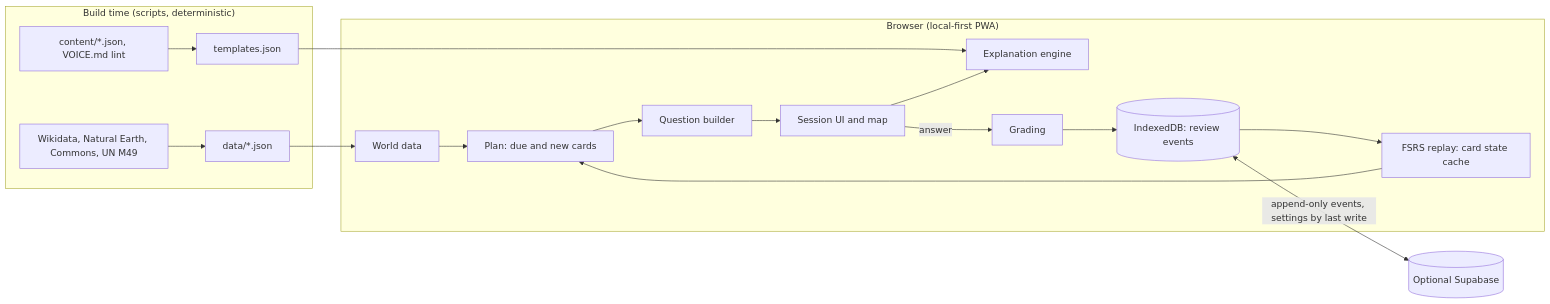
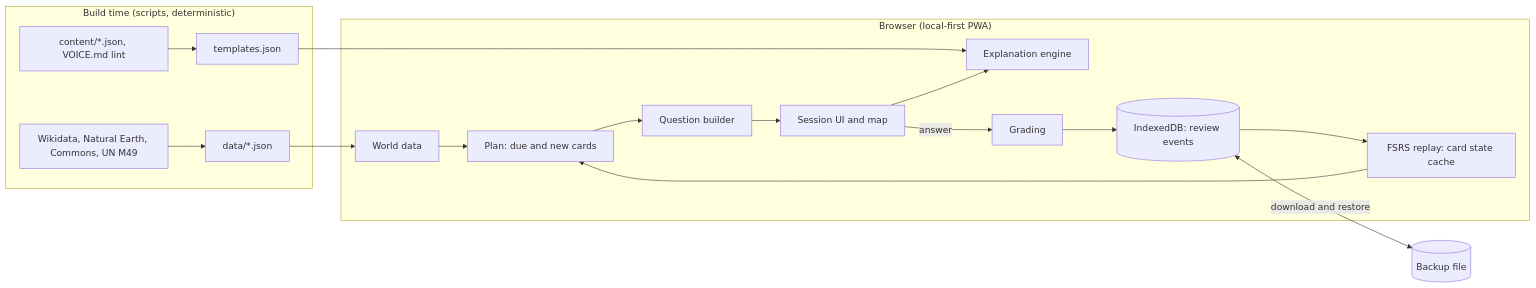
One commit to DIZAMU/GeoDex changed the diagram in README.md. Above: the diagram before and after it, drawn with Mermaid. The commit also changed other lines of this file and 36 other files, not shown here.

````diff
--- a/README.md
+++ b/README.md
@@ -52,18 +52,18 @@
 ```mermaid
 flowchart LR
   subgraph Build["Build time (scripts, deterministic)"]
     WD[Wikidata, Natural Earth, Commons, UN M49] --> DB[data/*.json]
     CT[content/*.json, VOICE.md lint] --> TPL[templates.json]
   end
   subgraph App["Browser (local-first PWA)"]
     DB --> W[World data]
     TPL --> X[Explanation engine]
     W --> P[Plan: due and new cards]
     E[(IndexedDB: review events)] --> S[FSRS replay: card state cache]
     S --> P
     P --> Q[Question builder] --> UI[Session UI and map]
     UI -->|answer| G[Grading] --> E
     UI --> X
   end
-  E <-->|append-only events, settings by last write| SB[(Optional Supabase)]
+  E <-->|download and restore| BF[(Backup file)]
 ```
````
